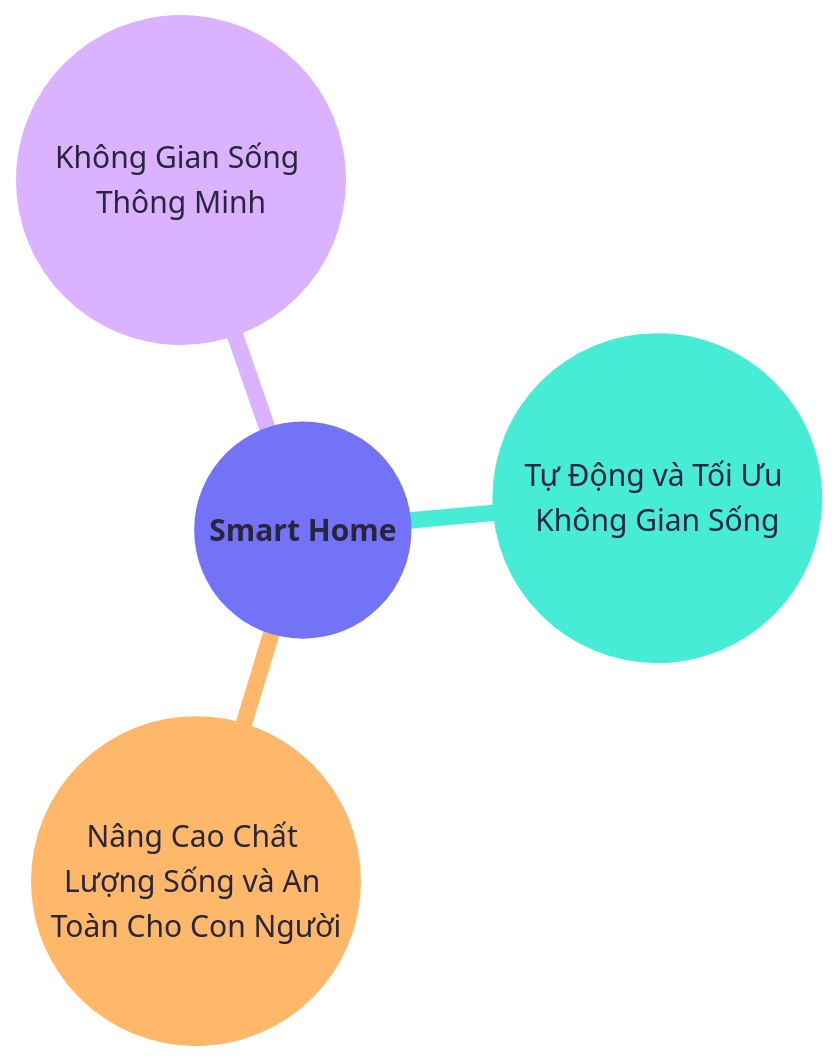
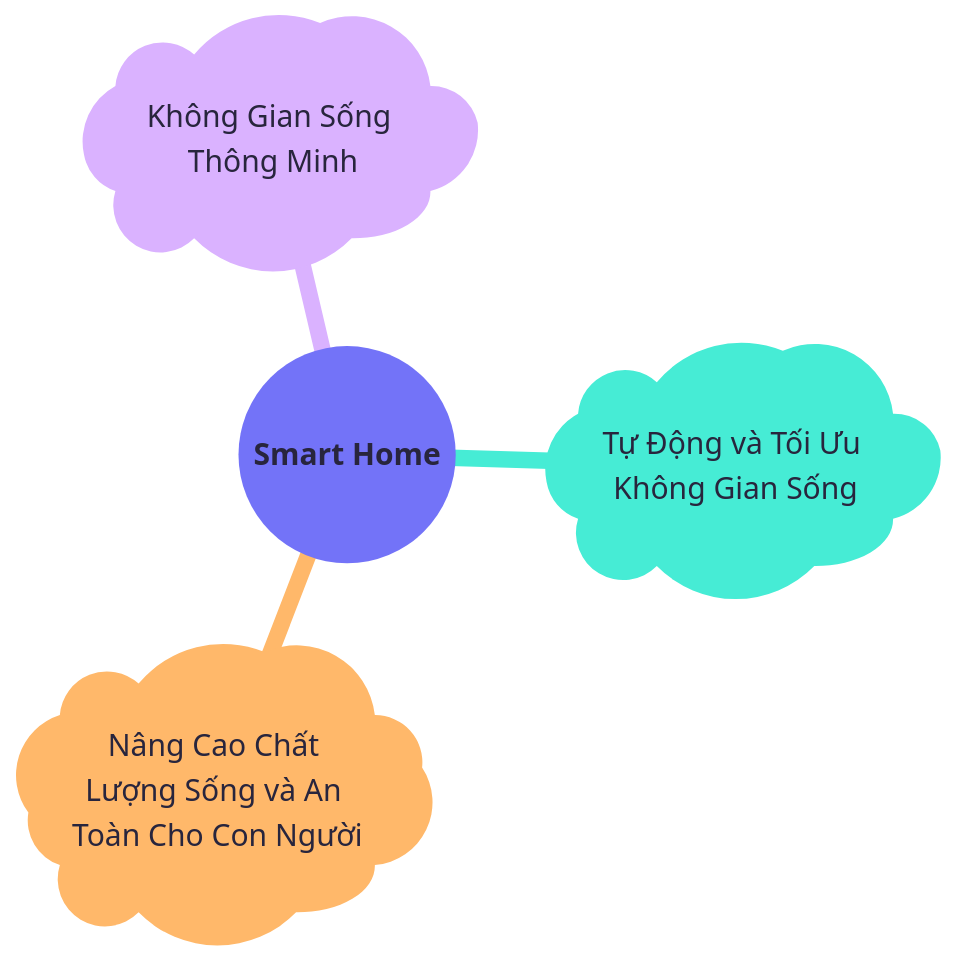
The diagram in content/diagrams/chapter02-smarthome.mmd (sam-uit/typst-report-template), drawn with Mermaid before and after one commit.

```diff
--- a/content/diagrams/chapter02-smarthome.mmd
+++ b/content/diagrams/chapter02-smarthome.mmd
@@ -1,12 +1,12 @@
 ---
 config:
   theme: redux-color
   themeVariables:
     fontFamily: Google Sans
     fontSize: 20px
 ---
 mindmap
-  root(("**Smart Home**"))
-    ((Tự Động và Tối Ưu Không Gian Sống))
-    ((Nâng Cao Chất Lượng Sống và An Toàn Cho Con Người))
-    ((Không Gian Sống Thông Minh))
+((**Smart Home**))
+  )Tự Động và Tối Ưu Không Gian Sống(
+  )Nâng Cao Chất Lượng Sống và An Toàn Cho Con Người(
+  )Không Gian Sống Thông Minh(
```
